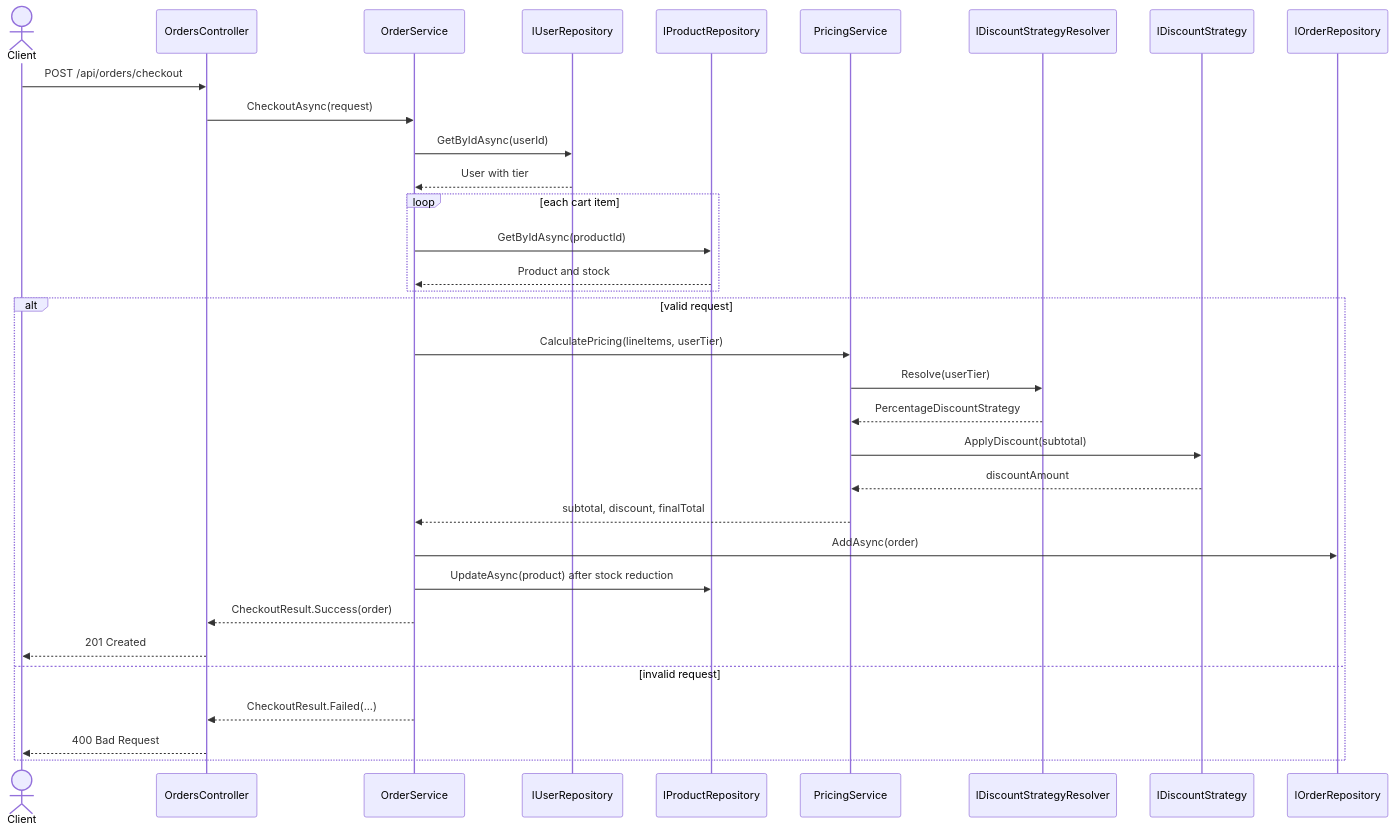
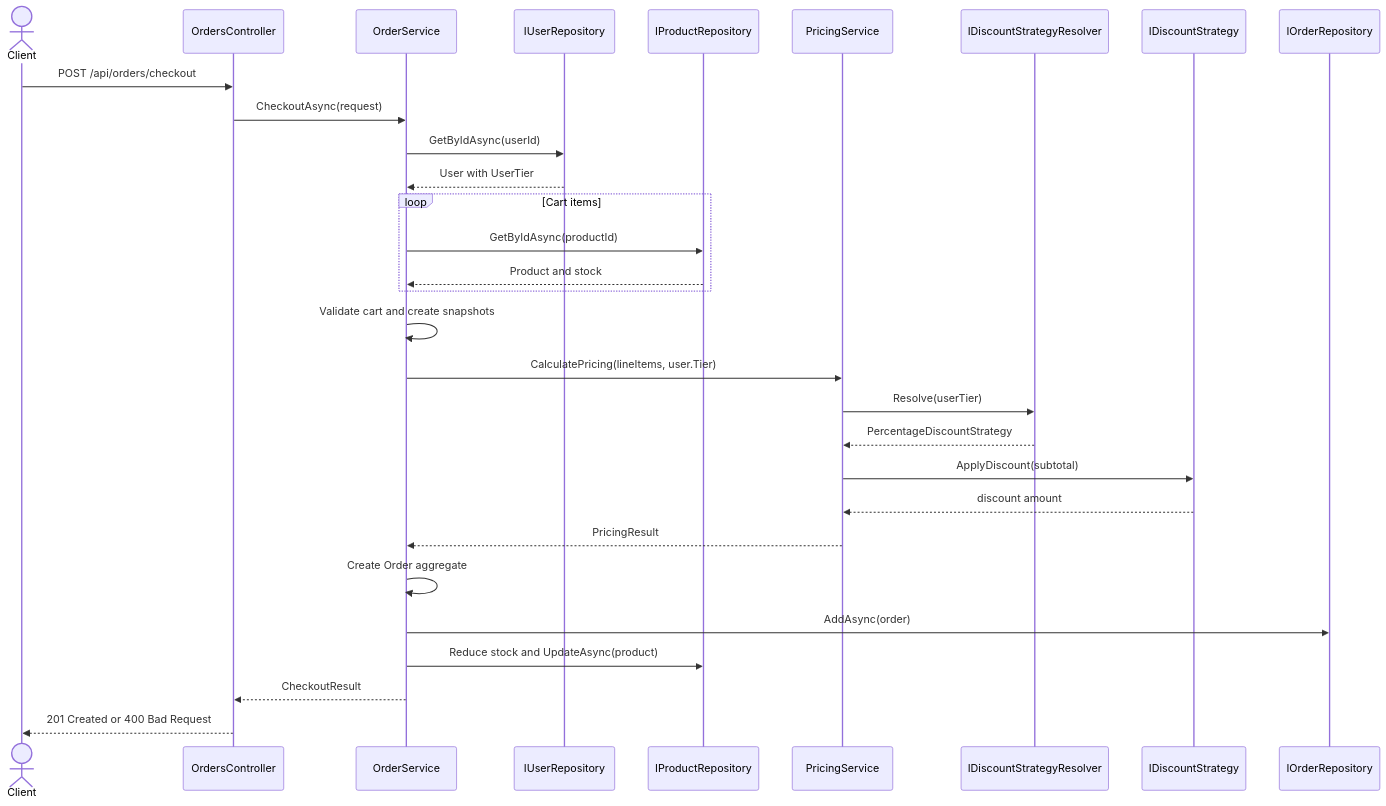
The fifth of 5 diagrams in OnionandDDD.md (getdipakkumar2008-coder/strategypatterndiscountuserorder), drawn with Mermaid before and after one commit. The commit also changed other lines of this file, not shown here.

Commit message:
Replace architecture document with circular Onion Architecture and DDD diagrams.

````diff
--- a/OnionandDDD.md
+++ b/OnionandDDD.md
@@ -334,39 +271,36 @@
 ```mermaid
 sequenceDiagram
     actor Client
     participant Controller as OrdersController
-    participant Service as OrderService
+    participant OrderService
     participant Users as IUserRepository
     participant Products as IProductRepository
     participant Pricing as PricingService
     participant Resolver as IDiscountStrategyResolver
     participant Strategy as IDiscountStrategy
-    participant OrdersRepo as IOrderRepository
+    participant Orders as IOrderRepository
 
     Client->>Controller: POST /api/orders/checkout
-    Controller->>Service: CheckoutAsync(request)
-    Service->>Users: GetByIdAsync(userId)
-    Users-->>Service: User with tier
+    Controller->>OrderService: CheckoutAsync(request)
+    OrderService->>Users: GetByIdAsync(userId)
+    Users-->>OrderService: User with UserTier
 
-    loop each cart item
-        Service->>Products: GetByIdAsync(productId)
-        Products-->>Service: Product and stock
+    loop Cart items
+        OrderService->>Products: GetByIdAsync(productId)
+        Products-->>OrderService: Product and stock
     end
 
-    alt valid request
-        Service->>Pricing: CalculatePricing(lineItems, userTier)
-        Pricing->>Resolver: Resolve(userTier)
-        Resolver-->>Pricing: PercentageDiscountStrategy
-        Pricing->>Strategy: ApplyDiscount(subtotal)
-        Strategy-->>Pricing: discountAmount
-        Pricing-->>Service: subtotal, discount, finalTotal
+    OrderService->>OrderService: Validate cart and create snapshots
+    OrderService->>Pricing: CalculatePricing(lineItems, user.Tier)
+    Pricing->>Resolver: Resolve(userTier)
+    Resolver-->>Pricing: PercentageDiscountStrategy
+    Pricing->>Strategy: ApplyDiscount(subtotal)
+    Strategy-->>Pricing: discount amount
+    Pricing-->>OrderService: PricingResult
 
-        Service->>OrdersRepo: AddAsync(order)
-        Service->>Products: UpdateAsync(product) after stock reduction
-        Service-->>Controller: CheckoutResult.Success(order)
-        Controller-->>Client: 201 Created
-    else invalid request
-        Service-->>Controller: CheckoutResult.Failed(...)
-        Controller-->>Client: 400 Bad Request
-    end
+    OrderService->>OrderService: Create Order aggregate
+    OrderService->>Orders: AddAsync(order)
+    OrderService->>Products: Reduce stock and UpdateAsync(product)
+    OrderService-->>Controller: CheckoutResult
+    Controller-->>Client: 201 Created or 400 Bad Request
 ```
````
